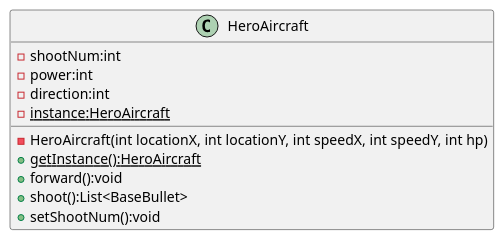
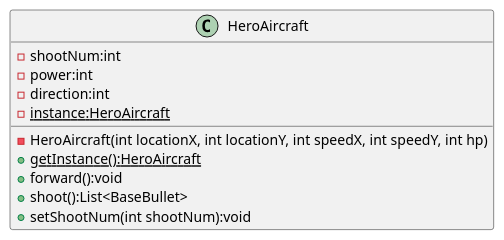
The diagram in uml/Hero.puml (TerenceL-TL/HITsz-Object-Oriented-Programming-Project), drawn with PlantUML before and after one commit. The commit also changed 2 other files, not shown here.

```diff
--- a/uml/Hero.puml
+++ b/uml/Hero.puml
@@ -1,16 +1,16 @@
 @startuml
 'https://plantuml.com/class-diagram
 
 class HeroAircraft {
     - shootNum:int
     - power:int
     - direction:int
     - HeroAircraft(int locationX, int locationY, int speedX, int speedY, int hp)
     - {static} instance:HeroAircraft
     + {static} getInstance():HeroAircraft
     + forward():void
     + shoot():List<BaseBullet>
-    + setShootNum():void
+    + setShootNum(int shootNum):void
 }
 
 @enduml
```
